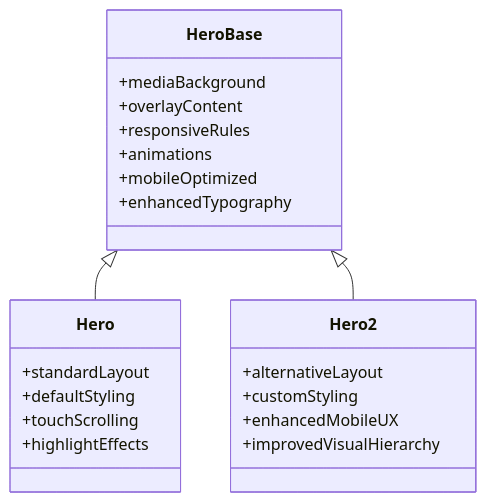
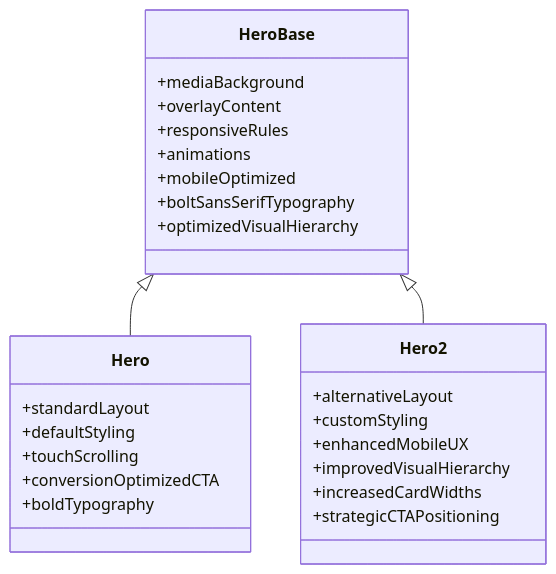
The fifth of 6 diagrams in .qoder/repowiki/en/content/Component Architecture/Landing Page Components/Hero Sections.md (Theja4/podiummomentum), drawn with Mermaid before and after one commit. The commit also changed other lines of this file and 22 other files, not shown here.

````diff
--- a/.qoder/repowiki/en/content/Component Architecture/Landing Page Components/Hero Sections.md
+++ b/.qoder/repowiki/en/content/Component Architecture/Landing Page Components/Hero Sections.md
@@ -303,25 +312,29 @@
 ```mermaid
 classDiagram
 class HeroBase {
 +mediaBackground
 +overlayContent
 +responsiveRules
 +animations
 +mobileOptimized
-+enhancedTypography
++boltSansSerifTypography
++optimizedVisualHierarchy
 }
 class Hero {
 +standardLayout
 +defaultStyling
 +touchScrolling
-+highlightEffects
++conversionOptimizedCTA
++boldTypography
 }
 class Hero2 {
 +alternativeLayout
 +customStyling
 +enhancedMobileUX
 +improvedVisualHierarchy
++increasedCardWidths
++strategicCTAPositioning
 }
 HeroBase <|-- Hero
 HeroBase <|-- Hero2
 ```
````
